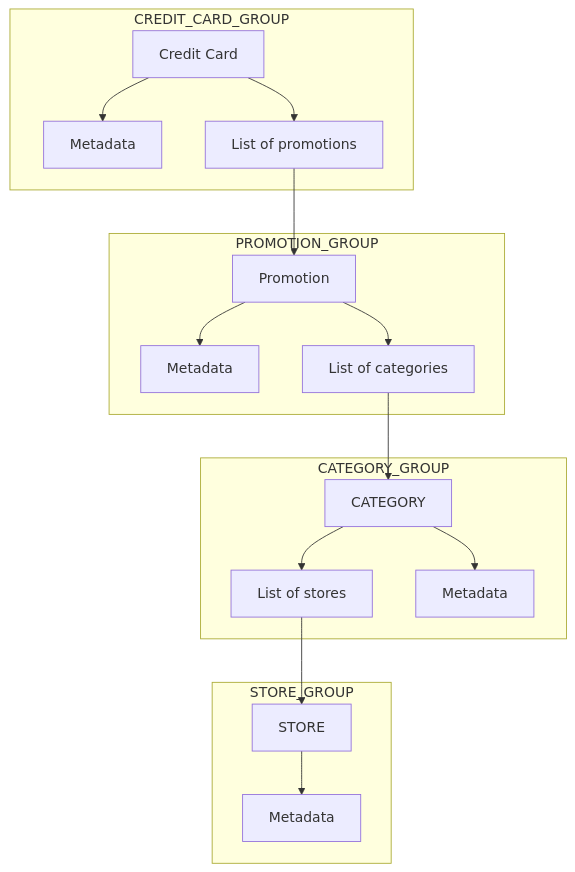
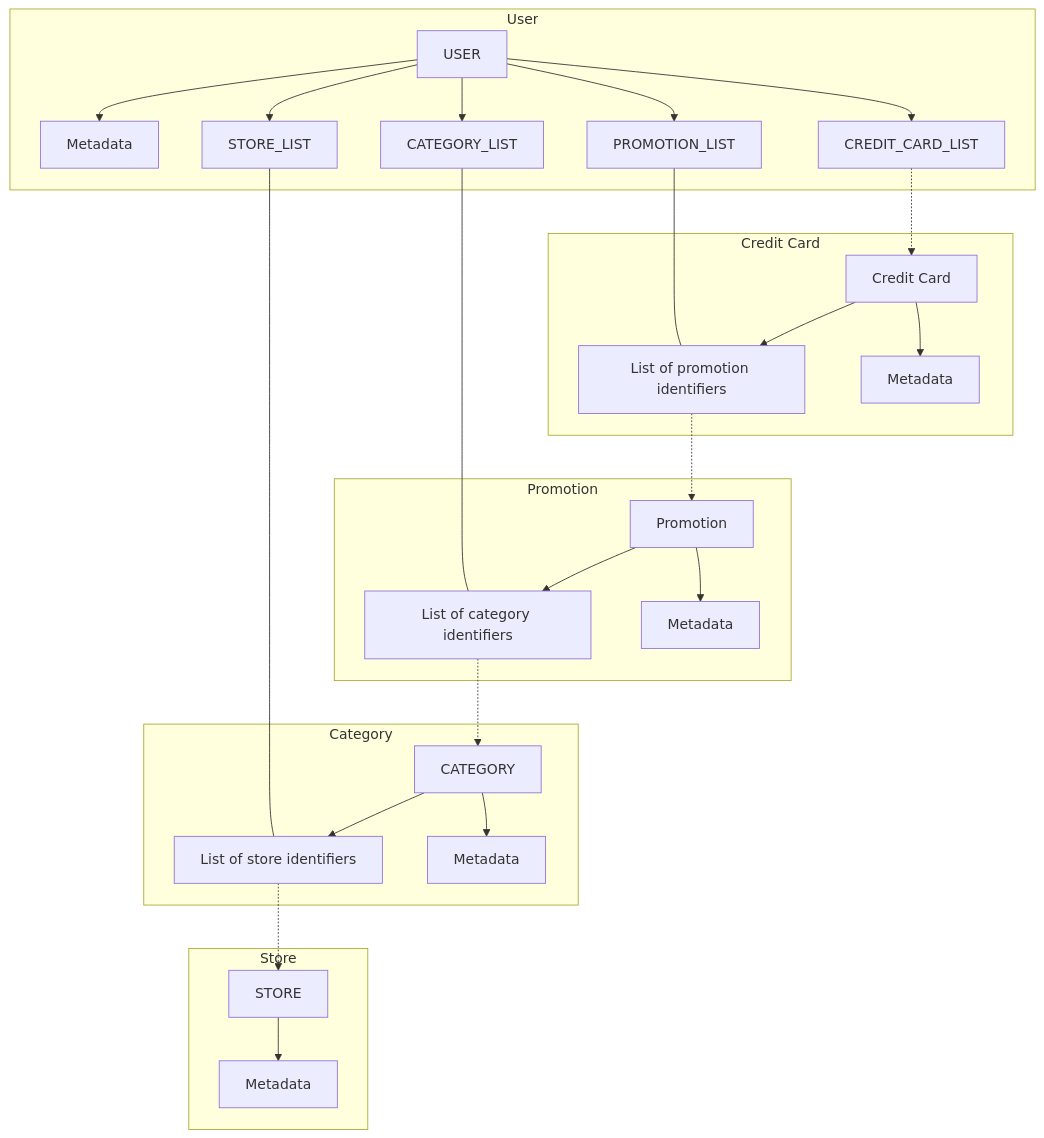
One commit to tianhaoz95/credit-card-optimizer changed the diagram in docs/design-docs/common-concept.md. Above: the diagram before and after it, drawn with Mermaid. The commit also changed other lines of this file and 2 other files, not shown here.

Commit message:
docs: add more details (#3)

````diff
--- a/docs/design-docs/common-concept.md
+++ b/docs/design-docs/common-concept.md
@@ -9,21 +11,32 @@
 ```mermaid
 graph TD
-    subgraph CREDIT_CARD_GROUP
-    CREDIT_CARD[Credit Card] --> CREDIT_CARD_METADATA[Metadata]
-    CREDIT_CARD --> PROMOTION_LIST[List of promotions]
+    subgraph USER_GROUP[User]
+    USER --> USER_METADATA[Metadata]
+    USER --> CREDIT_CARD_LIST
+    USER --> PROMOTION_LIST
+    USER --> CATEGORY_LIST
+    USER --> STORE_LIST
     end
-    PROMOTION_LIST --> PROMOTION[Promotion]
-    subgraph PROMOTION_GROUP
+    PROMOTION_LIST --- PROMOTION_ID_LIST
+    CATEGORY_LIST --- CATEGORY_ID_LIST
+    STORE_LIST --- STORE_ID_LIST
+    CREDIT_CARD_LIST -.-> CREDIT_CARD[Credit Card]
+    subgraph CREDIT_CARD_GROUP[Credit Card]
+    CREDIT_CARD --> CREDIT_CARD_METADATA[Metadata]
+    CREDIT_CARD --> PROMOTION_ID_LIST[List of promotion identifiers]
+    end
+    PROMOTION_ID_LIST -.-> PROMOTION[Promotion]
+    subgraph PROMOTION_GROUP[Promotion]
     PROMOTION --> PROMOTION_METADATA[Metadata]
-    PROMOTION --> CATEGORY_LIST[List of categories]
+    PROMOTION --> CATEGORY_ID_LIST[List of category identifiers]
     end
-    CATEGORY_LIST --> CATEGORY
-    subgraph CATEGORY_GROUP
-    CATEGORY --> STORE_LIST[List of stores]
+    CATEGORY_ID_LIST -.-> CATEGORY
+    subgraph CATEGORY_GROUP[Category]
+    CATEGORY --> STORE_ID_LIST[List of store identifiers]
     CATEGORY --> CATEGORY_METADATA[Metadata]
     end
-    STORE_LIST --> STORE
-    subgraph STORE_GROUP
+    STORE_ID_LIST -.-> STORE
+    subgraph STORE_GROUP[Store]
     STORE --> STORE_METADATA[Metadata]
     end
 ```
````
